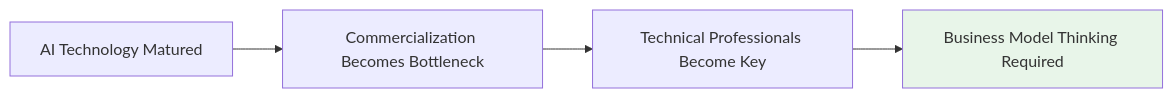
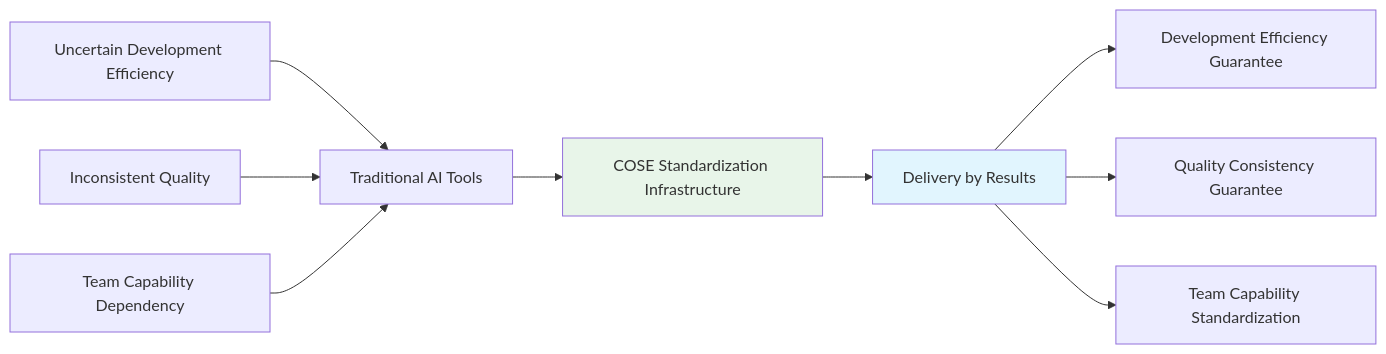
One commit to Deepractice/COSE changed the first of 3 diagrams in README_EN.md. Above: the diagram before and after it, drawn with Mermaid. The commit also changed other lines of this file and 6 other files, not shown here.

````diff
--- a/README_EN.md
+++ b/README_EN.md
@@ -15,8 +15,16 @@
 ```mermaid
 graph LR
-    A[AI Technology Matured] --> B[Commercialization Becomes Bottleneck]
-    B --> C[Technical Professionals Become Key]
-    C --> D[Business Model Thinking Required]
+    A[Traditional AI Tools] --> B[COSE Standardization Infrastructure]
+    B --> C[Delivery by Results]
     
-    style D fill:#e8f5e9
+    A1[Uncertain Development Efficiency] --> A
+    A2[Inconsistent Quality] --> A
+    A3[Team Capability Dependency] --> A
+    
+    C --> C1[Development Efficiency Guarantee]
+    C --> C2[Quality Consistency Guarantee]
+    C --> C3[Team Capability Standardization]
+    
+    style B fill:#e8f5e9
+    style C fill:#e1f5fe
 ```
````
